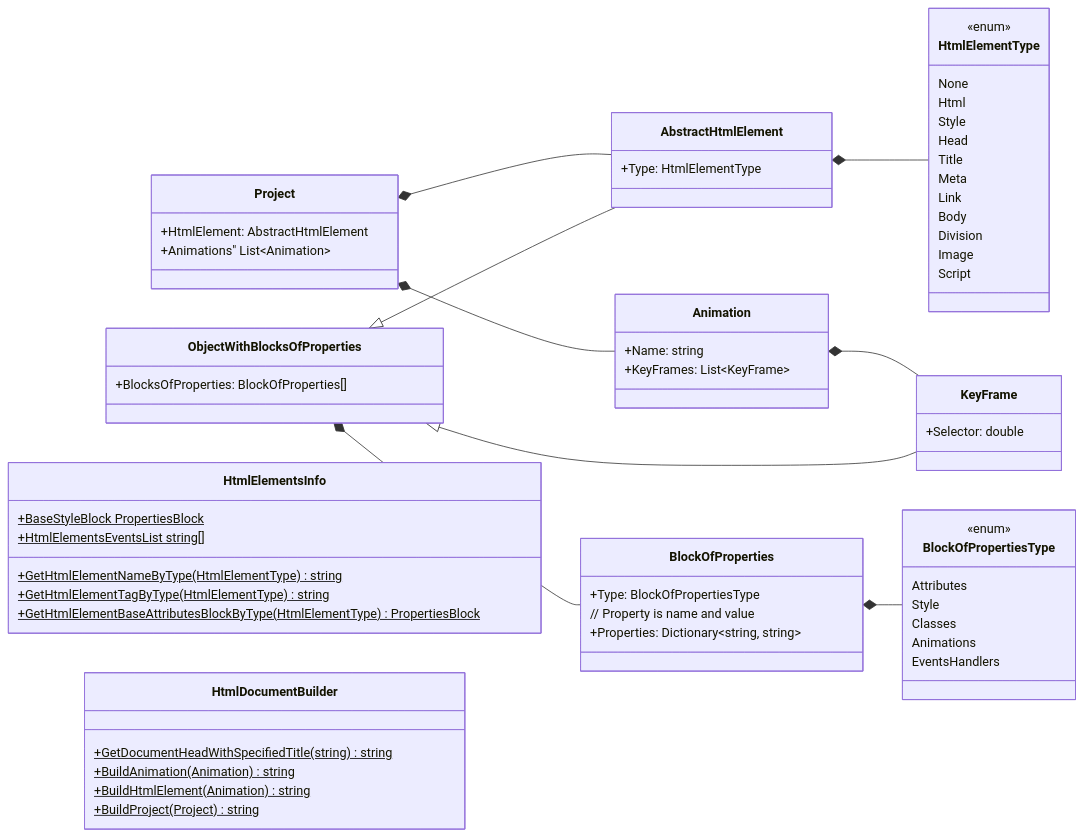
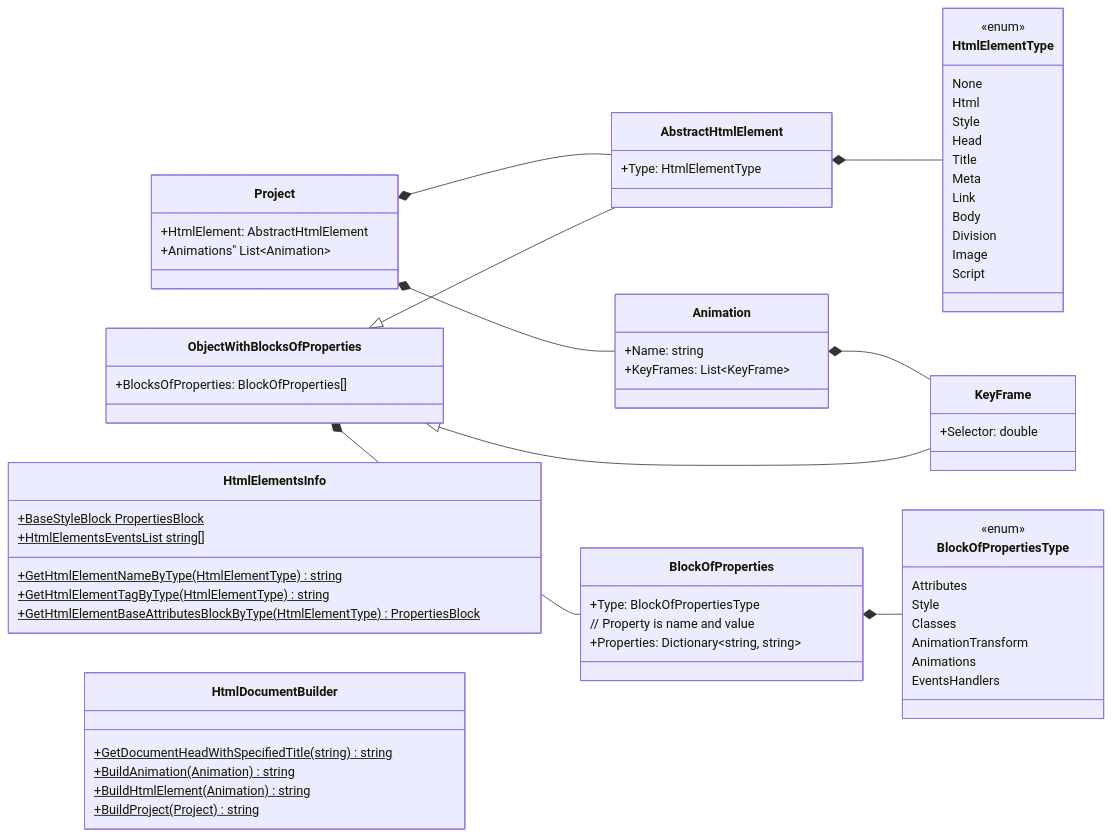
The diagram in Descriptions/Class diagram.md (NemoNology/WebAnimEdit), drawn with Mermaid before and after one commit.

Commit message:
Class diagram: updated

````diff
--- a/Descriptions/Class diagram.md
+++ b/Descriptions/Class diagram.md
@@ -3,69 +3,70 @@
 ```mermaid
 classDiagram
     direction LR
     class AbstractHtmlElement{
         +Type: HtmlElementType
     }
     class ObjectWithBlocksOfProperties{
         +BlocksOfProperties: BlockOfProperties[]
     }
     class BlockOfProperties{
         +Type: BlockOfPropertiesType
         // Property is name and value
         +Properties: Dictionary~string, string~
     }
     class Animation{
         +Name: string
         +KeyFrames: List~KeyFrame~
     }
     class KeyFrame{
         +Selector: double
     }
     class Project{
         +HtmlElement: AbstractHtmlElement
         +Animations" List~Animation~
     }
     class HtmlElementType{
         <<enum>>
         None
         Html
         Style        
         Head
         Title
         Meta
         Link
         Body
         Division
         Image
         Script
     }
     class BlockOfPropertiesType{
         <<enum>>
         Attributes
         Style
         Classes
+        AnimationTransform
         Animations
         EventsHandlers
     }
     class HtmlElementsInfo{
         +GetHtmlElementNameByType(HtmlElementType) string$
         +GetHtmlElementTagByType(HtmlElementType) string$
         +GetHtmlElementBaseAttributesBlockByType(HtmlElementType) PropertiesBlock$
         +BaseStyleBlock PropertiesBlock$
         +HtmlElementsEventsList string[]$
     }
     class HtmlDocumentBuilder{
         +GetDocumentHeadWithSpecifiedTitle(string) string$
         +BuildAnimation(Animation) string$
         +BuildHtmlElement(Animation) string$
         +BuildProject(Project) string$
     }
     ObjectWithBlocksOfProperties<|--AbstractHtmlElement
     ObjectWithBlocksOfProperties<|--KeyFrame
     ObjectWithBlocksOfProperties*--BlockOfProperties
     BlockOfProperties*--BlockOfPropertiesType
     Animation*--KeyFrame
     AbstractHtmlElement*--HtmlElementType
     Project*--AbstractHtmlElement
     Project*--Animation
 ```
````
